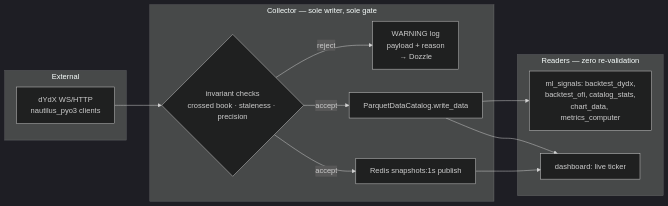
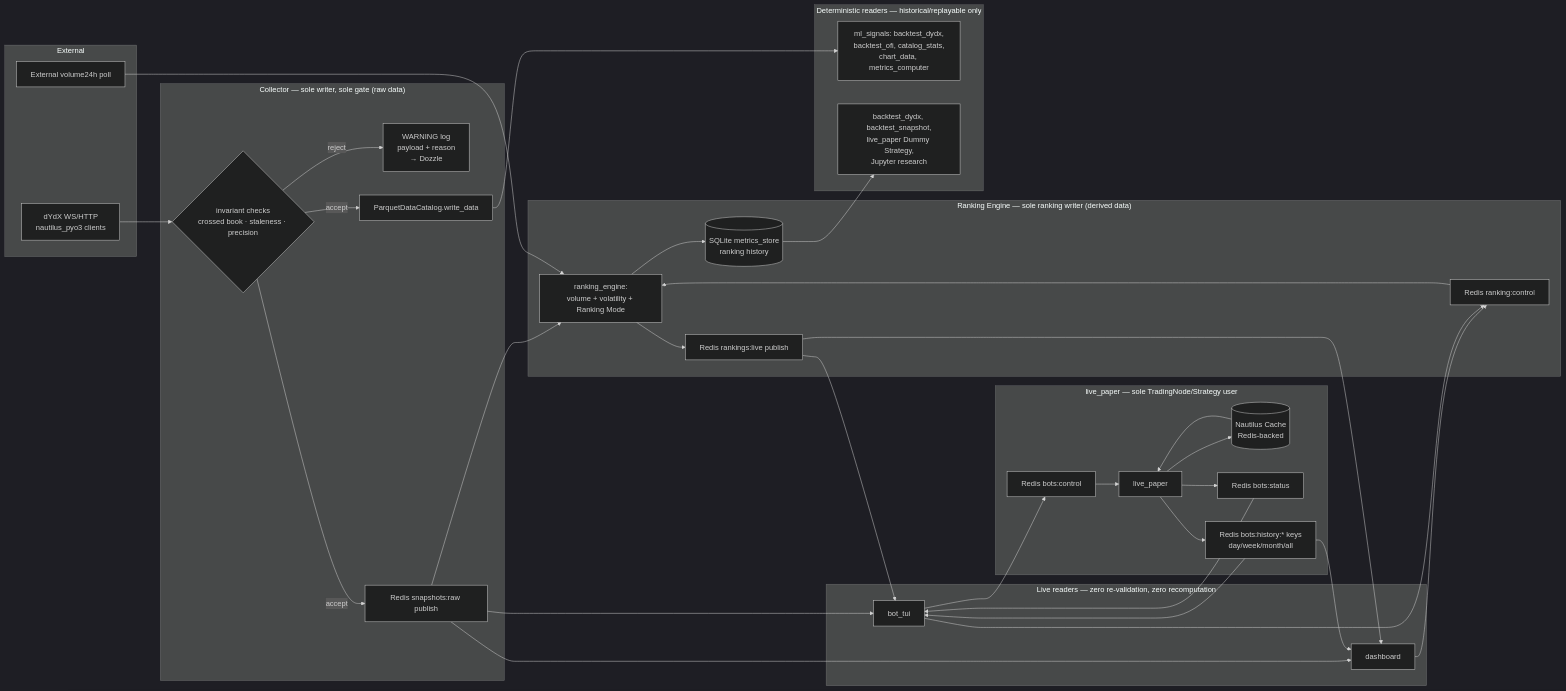
Before and after one commit to JeppeOEM/nautilus_trader_fork: the diagram in _bmad-output/planning-artifacts/architecture/architecture-nautilus_trader_fork-2026-07-01/ARCHITECTURE-SPINE.md, drawn with Mermaid (dark theme). The commit also changed other lines of this file and 64 other files, not shown here.

````diff
--- a/_bmad-output/planning-artifacts/architecture/architecture-nautilus_trader_fork-2026-07-01/ARCHITECTURE-SPINE.md
+++ b/_bmad-output/planning-artifacts/architecture/architecture-nautilus_trader_fork-2026-07-01/ARCHITECTURE-SPINE.md
@@ -24,17 +24,49 @@
 ```mermaid
 flowchart LR
     subgraph External
         WS[dYdX WS/HTTP<br/>nautilus_pyo3 clients]
+        VOL[External volume24h poll]
     end
-    subgraph Gate["Collector — sole writer, sole gate"]
+    subgraph Gate["Collector — sole writer, sole gate (raw data)"]
         WS --> V{invariant checks<br/>crossed book · staleness · precision}
         V -- reject --> LOG[WARNING log<br/>payload + reason<br/>→ Dozzle]
         V -- accept --> SINK1[ParquetDataCatalog.write_data]
-        V -- accept --> SINK2[Redis snapshots:1s publish]
+        V -- accept --> SINK2[Redis snapshots:raw publish]
     end
-    subgraph Readers["Readers — zero re-validation"]
+    subgraph Rank["Ranking Engine — sole ranking writer (derived data)"]
+        RE[ranking_engine:<br/>volume + volatility + Ranking Mode]
+        SINK2 --> RE
+        VOL --> RE
+        RE --> SINK3[Redis rankings:live publish]
+        RE --> HIST[(SQLite metrics_store<br/>ranking history)]
+        SINK3b[Redis ranking:control] --> RE
+    end
+    subgraph Trade["live_paper — sole TradingNode/Strategy user"]
+        LP[live_paper]
+        CACHE[(Nautilus Cache<br/>Redis-backed)]
+        SINK5[Redis bots:control]
+        SINK4[Redis bots:status]
+        SINK6[Redis bots:history:* keys<br/>day/week/month/all]
+        SINK5 --> LP
+        LP --> SINK4
+        LP --> CACHE
+        CACHE --> LP
+        LP --> SINK6
+    end
+    subgraph Readers["Live readers — zero re-validation, zero recomputation"]
+        SINK2 --> DASH[dashboard]
+        SINK3 --> DASH
+        DASH --> SINK3b
+        SINK2 --> TUI[bot_tui]
+        SINK3 --> TUI
+        TUI --> SINK3b
+        SINK4 --> TUI
+        TUI --> SINK5
+        SINK6 --> TUI
+        SINK6 --> DASH
+    end
+    subgraph Historical["Deterministic readers — historical/replayable only"]
         SINK1 --> R1[ml_signals: backtest_dydx,<br/>backtest_ofi, catalog_stats,<br/>chart_data, metrics_computer]
-        SINK2 --> R2[dashboard: live ticker]
-        SINK1 --> R2
+        HIST --> R2[backtest_dydx, backtest_snapshot,<br/>live_paper Dummy Strategy,<br/>Jupyter research]
     end
 ```
````
